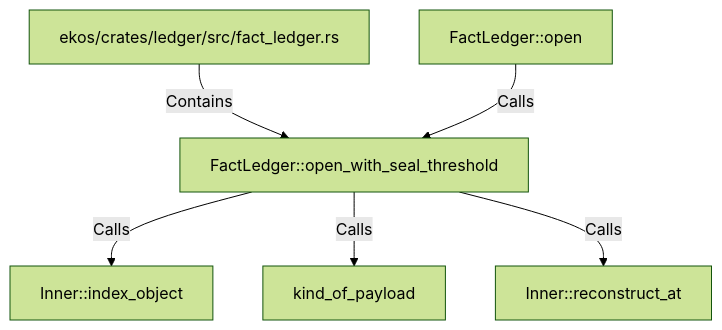
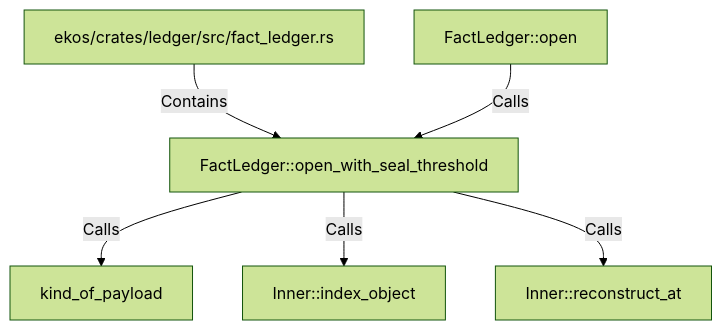
One commit to alexeyban/EKOS changed the diagram in doc/entities/rustsymbol/fa/factledger-open-with-seal-threshold.md. Above: the diagram before and after it, drawn with Mermaid (forest theme). The commit also changed other lines of this file and 552 other files, not shown here.

````diff
--- a/doc/entities/rustsymbol/fa/factledger-open-with-seal-threshold.md
+++ b/doc/entities/rustsymbol/fa/factledger-open-with-seal-threshold.md
@@ -24,14 +24,14 @@
 ```mermaid
 graph TD
     n50a7d9c47eb25d0c9c805e2982e59574["FactLedger::open_with_seal_threshold"]
     neadcb59e818f5d1eaf87ff29aba11423["ekos/crates/ledger/src/fact_ledger.rs"]
     neadcb59e818f5d1eaf87ff29aba11423 -->|Contains| n50a7d9c47eb25d0c9c805e2982e59574
     n0b6a6624b3115cb084cacc0ba0b33ed1["FactLedger::open"]
     n0b6a6624b3115cb084cacc0ba0b33ed1 -->|Calls| n50a7d9c47eb25d0c9c805e2982e59574
+    nabd8ce5ae66350cea42fe2c4a13c43fb["kind_of_payload"]
+    n50a7d9c47eb25d0c9c805e2982e59574 -->|Calls| nabd8ce5ae66350cea42fe2c4a13c43fb
     nc32e3f6e7f6e585fae03f82f97de91ed["Inner::index_object"]
     n50a7d9c47eb25d0c9c805e2982e59574 -->|Calls| nc32e3f6e7f6e585fae03f82f97de91ed
-    nabd8ce5ae66350cea42fe2c4a13c43fb["kind_of_payload"]
-    n50a7d9c47eb25d0c9c805e2982e59574 -->|Calls| nabd8ce5ae66350cea42fe2c4a13c43fb
     n79bd74042990533fb4f5b3d167543336["Inner::reconstruct_at"]
     n50a7d9c47eb25d0c9c805e2982e59574 -->|Calls| n79bd74042990533fb4f5b3d167543336
 ```
````
